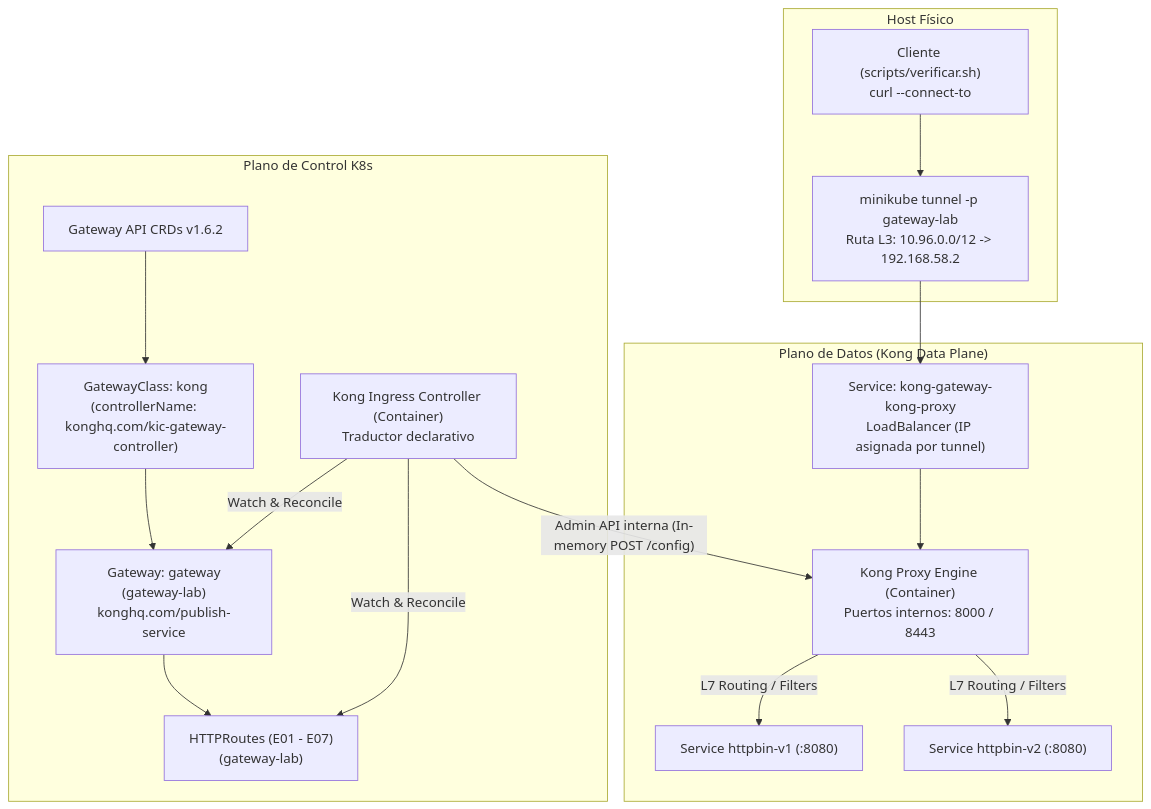
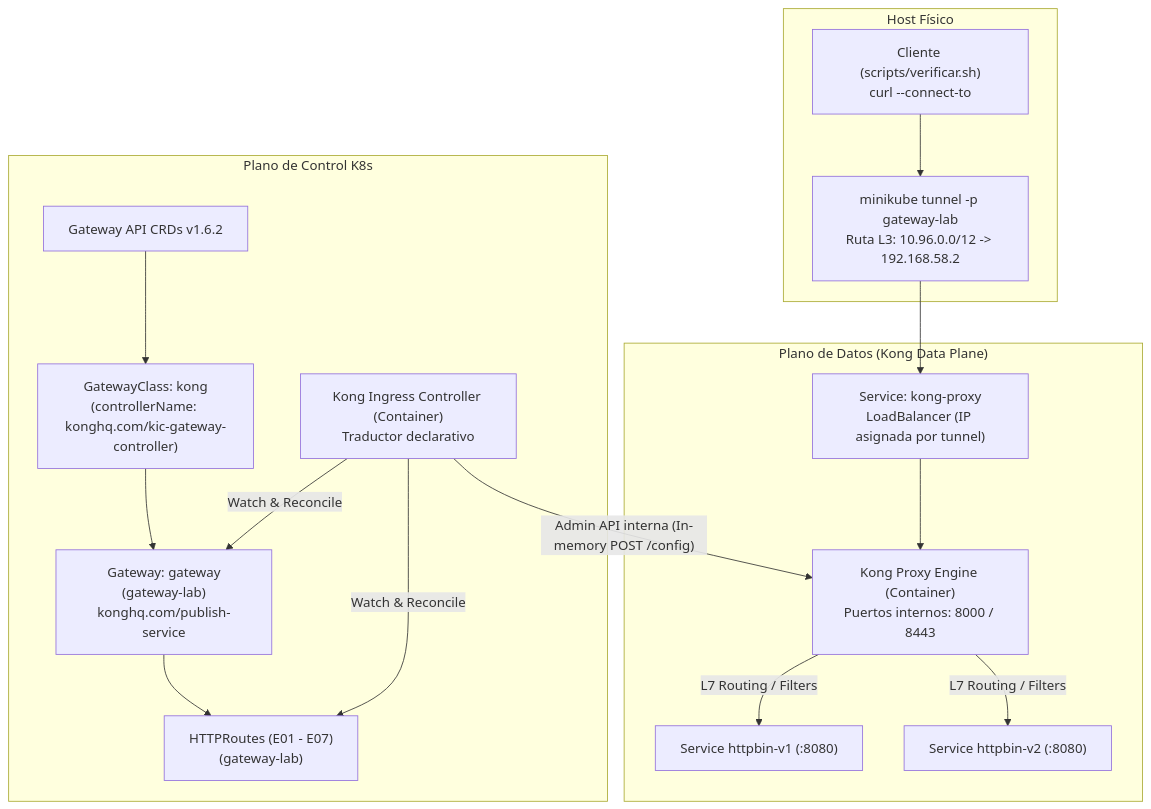
One commit to Melo088/gateway-api-lab changed the diagram in kong/README.md. Above: the diagram before and after it, drawn with Mermaid. The commit also changed other lines of this file and 8 other files, not shown here.

````diff
--- a/kong/README.md
+++ b/kong/README.md
@@ -23,35 +23,35 @@
 ```mermaid
 graph TD
     subgraph HostOS["Host Físico"]
         CLIENT["Cliente (scripts/verificar.sh)\ncurl --connect-to"]
         TUNNEL["minikube tunnel -p gateway-lab\nRuta L3: 10.96.0.0/12 -> 192.168.58.2"]
     end
 
     subgraph K8sControlPlane["Plano de Control K8s"]
         CRD["Gateway API CRDs v1.6.2"]
         GC["GatewayClass: kong\n(controllerName: konghq.com/kic-gateway-controller)"]
         GW["Gateway: gateway\n(gateway-lab)\nkonghq.com/publish-service"]
         HR["HTTPRoutes (E01 - E07)\n(gateway-lab)"]
         KIC["Kong Ingress Controller (Container)\nTraductor declarativo"]
         
         CRD --> GC
         GC --> GW
         GW --> HR
         KIC -->|Watch & Reconcile| GW
         KIC -->|Watch & Reconcile| HR
     end
 
     subgraph K8sDataPlane["Plano de Datos (Kong Data Plane)"]
-        SVC_PROXY["Service: kong-gateway-kong-proxy\nLoadBalancer (IP asignada por tunnel)"]
+        SVC_PROXY["Service: kong-proxy\nLoadBalancer (IP asignada por tunnel)"]
         PROXY["Kong Proxy Engine (Container)\nPuertos internos: 8000 / 8443"]
         SVC_V1["Service httpbin-v1 (:8080)"]
         SVC_V2["Service httpbin-v2 (:8080)"]
 
         CLIENT --> TUNNEL
         TUNNEL --> SVC_PROXY
         SVC_PROXY --> PROXY
         KIC -->|"Admin API interna (In-memory POST /config)"| PROXY
         PROXY -->|"L7 Routing / Filters"| SVC_V1
         PROXY -->|"L7 Routing / Filters"| SVC_V2
     end
 ```
````
